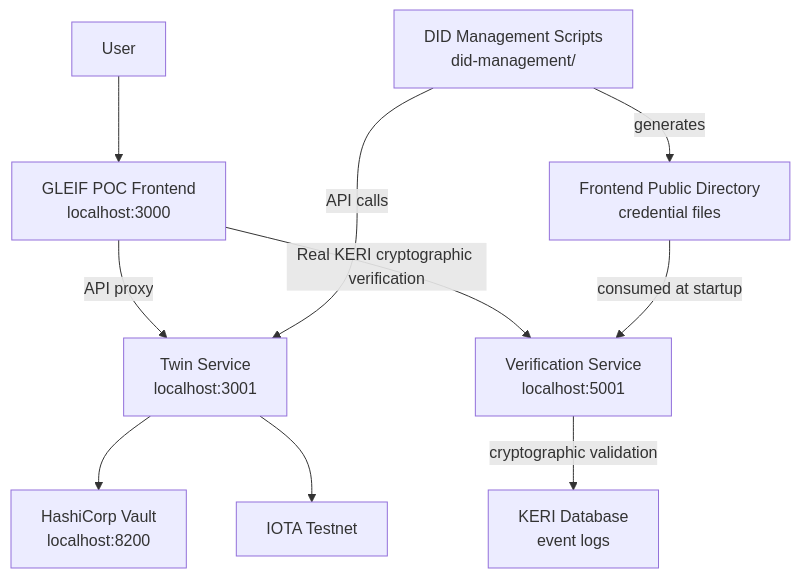
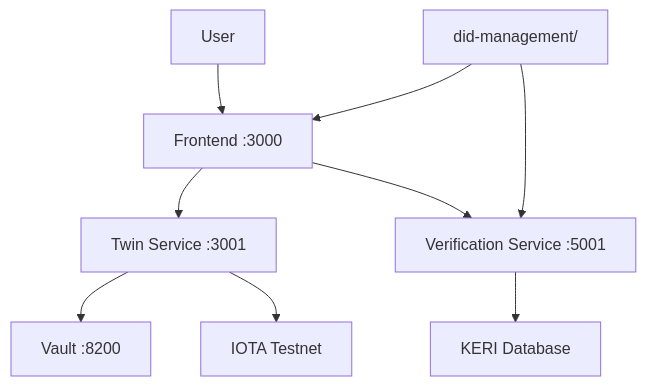
Before and after one commit to gtscio/gleif-poc: the first of 2 diagrams in README.md, drawn with Mermaid. The commit also changed other lines of this file, not shown here.

````diff
--- a/README.md
+++ b/README.md
@@ -36,12 +16,11 @@
 ```mermaid
 graph TD
-    A[User] --> B[GLEIF POC Frontend<br/>localhost:3000];
-    B -->|API proxy| C[Twin Service<br/>localhost:3001];
-    B -->|Real KERI cryptographic verification| H[Verification Service<br/>localhost:5001];
-    C --> D[HashiCorp Vault<br/>localhost:8200];
-    C --> E[IOTA Testnet];
-    H -->|cryptographic validation| F[KERI Database<br/>event logs];
-    G[DID Management Scripts<br/>did-management/] -->|API calls| C;
-    G -->|generates| I[Frontend Public Directory<br/>credential files];
-    I -->|consumed at startup| H
+  A[User] --> B[Frontend :3000]
+  B --> C[Twin Service :3001]
+  B --> H[Verification Service :5001]
+  C --> D[Vault :8200]
+  C --> E[IOTA Testnet]
+  H --> F[KERI Database]
+  DM[did-management/] --> B
+  DM --> H
 ```
````
